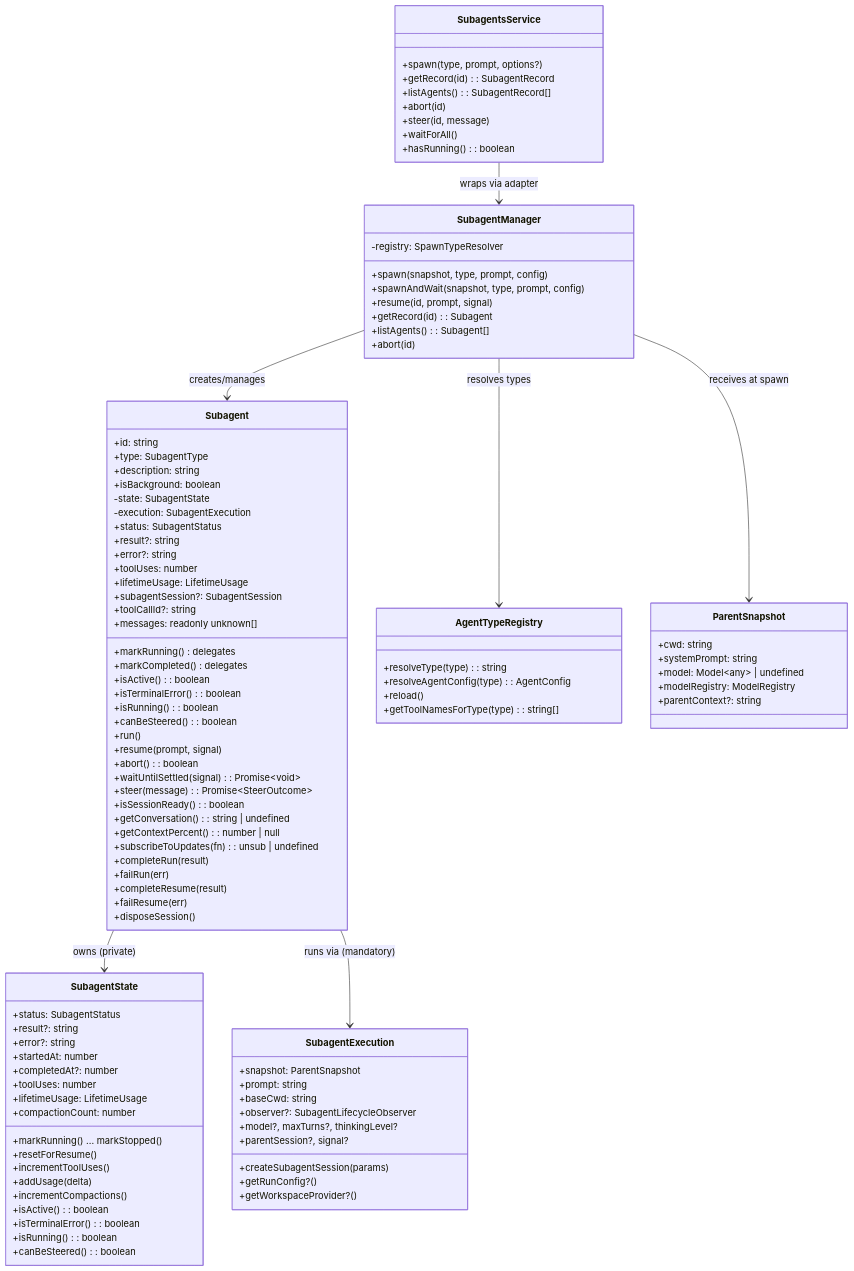
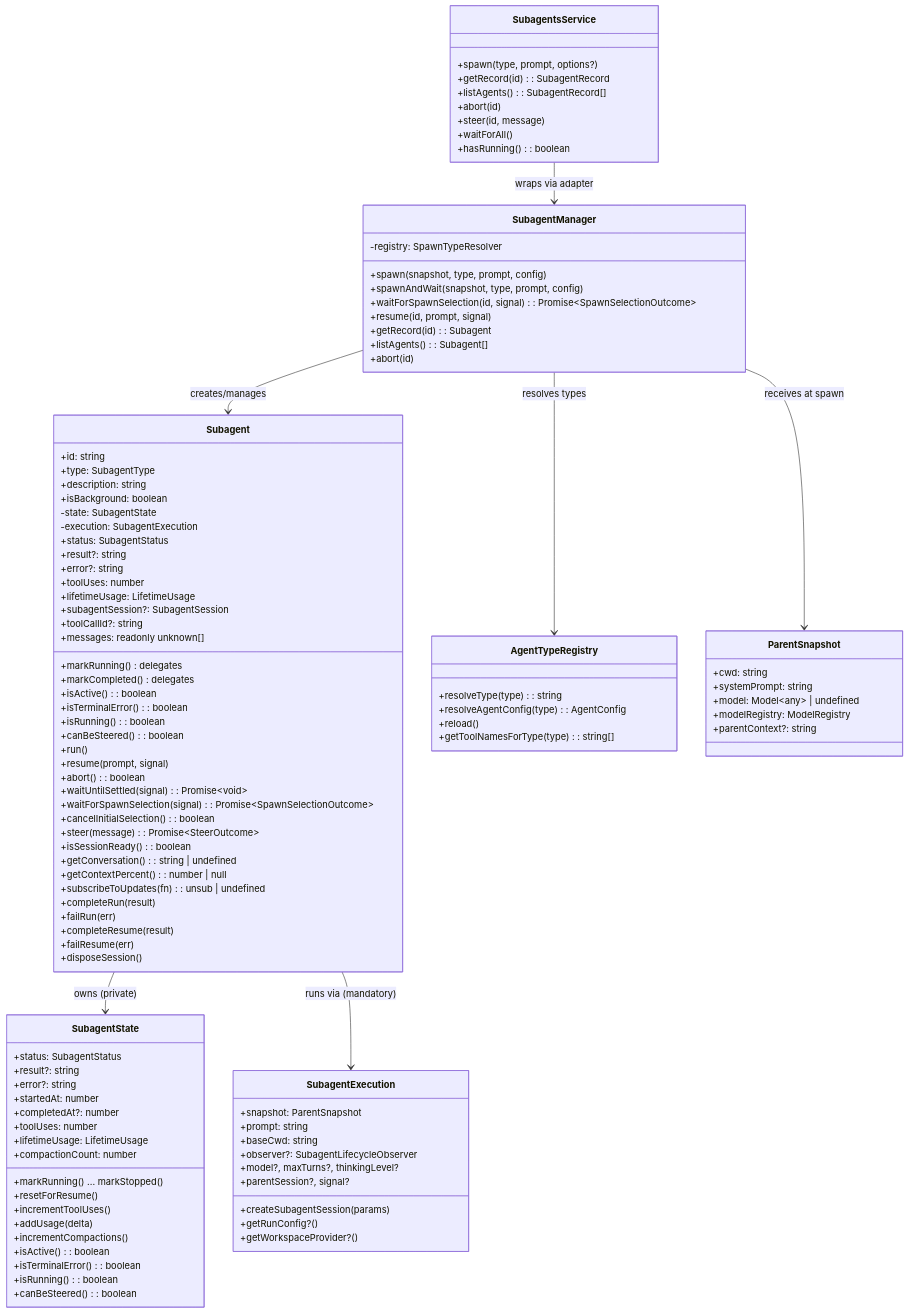
One commit to Jopqior/gotgenes-pi-packages changed the second of 5 diagrams in packages/pi-subagents/docs/architecture/architecture.md. Above: the diagram before and after it, drawn with Mermaid. The commit also changed other lines of this file and 2 other files, not shown here.

Commit message:
docs(pi-subagents): explain startup selection waiting and limits (#17)

```diff
--- a/packages/pi-subagents/docs/architecture/architecture.md
+++ b/packages/pi-subagents/docs/architecture/architecture.md
@@ -164,6 +164,8 @@
         +resume(prompt, signal)
         +abort(): boolean
         +waitUntilSettled(signal): Promise~void~
+        +waitForSpawnSelection(signal): Promise~SpawnSelectionOutcome~
+        +cancelInitialSelection(): boolean
         +steer(message): Promise~SteerOutcome~
         +isSessionReady(): boolean
         +getConversation(): string | undefined
@@ -213,6 +215,7 @@
         -registry: SpawnTypeResolver
         +spawn(snapshot, type, prompt, config)
         +spawnAndWait(snapshot, type, prompt, config)
+        +waitForSpawnSelection(id, signal): Promise~SpawnSelectionOutcome~
         +resume(id, prompt, signal)
         +getRecord(id): Subagent
         +listAgents(): Subagent[]
```
